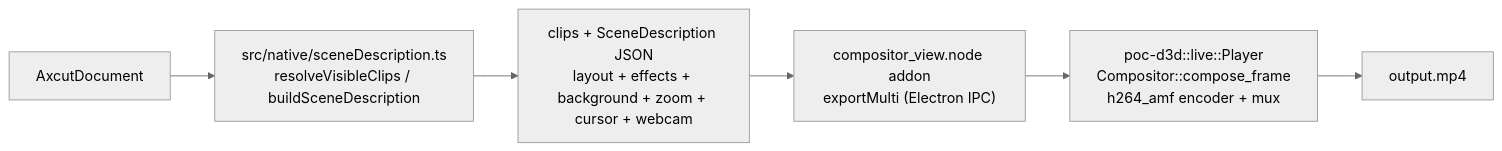
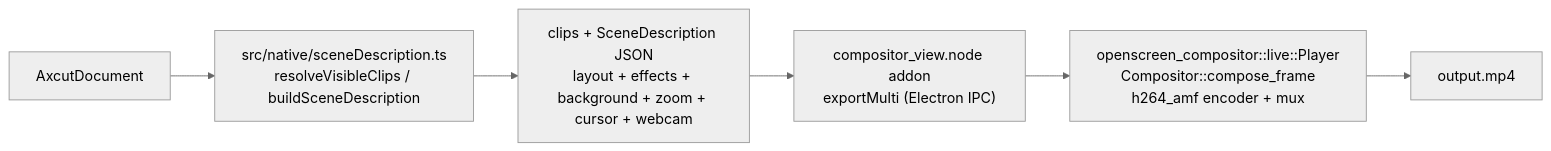
Before and after one commit to EtienneLescot/openscreen: the diagram in technical-documentation/architecture/export-pipeline.md, drawn with Mermaid (neutral theme). The commit also changed other lines of this file and 47 other files, not shown here.

````diff
--- a/technical-documentation/architecture/export-pipeline.md
+++ b/technical-documentation/architecture/export-pipeline.md
@@ -19,10 +19,10 @@
 ```mermaid
 flowchart LR
     DOC["AxcutDocument"]
     TSD["src/native/sceneDescription.ts<br/>resolveVisibleClips / buildSceneDescription"]
     RP["clips + SceneDescription JSON<br/>layout + effects + background + zoom + cursor + webcam"]
     ADDON["compositor_view.node addon<br/>exportMulti (Electron IPC)"]
-    NATIVE["poc-d3d::live::Player<br/>Compositor::compose_frame<br/>h264_amf encoder + mux"]
+    NATIVE["openscreen_compositor::live::Player<br/>Compositor::compose_frame<br/>h264_amf encoder + mux"]
     FILE["output.mp4"]
     DOC --> TSD --> RP --> ADDON --> NATIVE --> FILE
 ```
````
